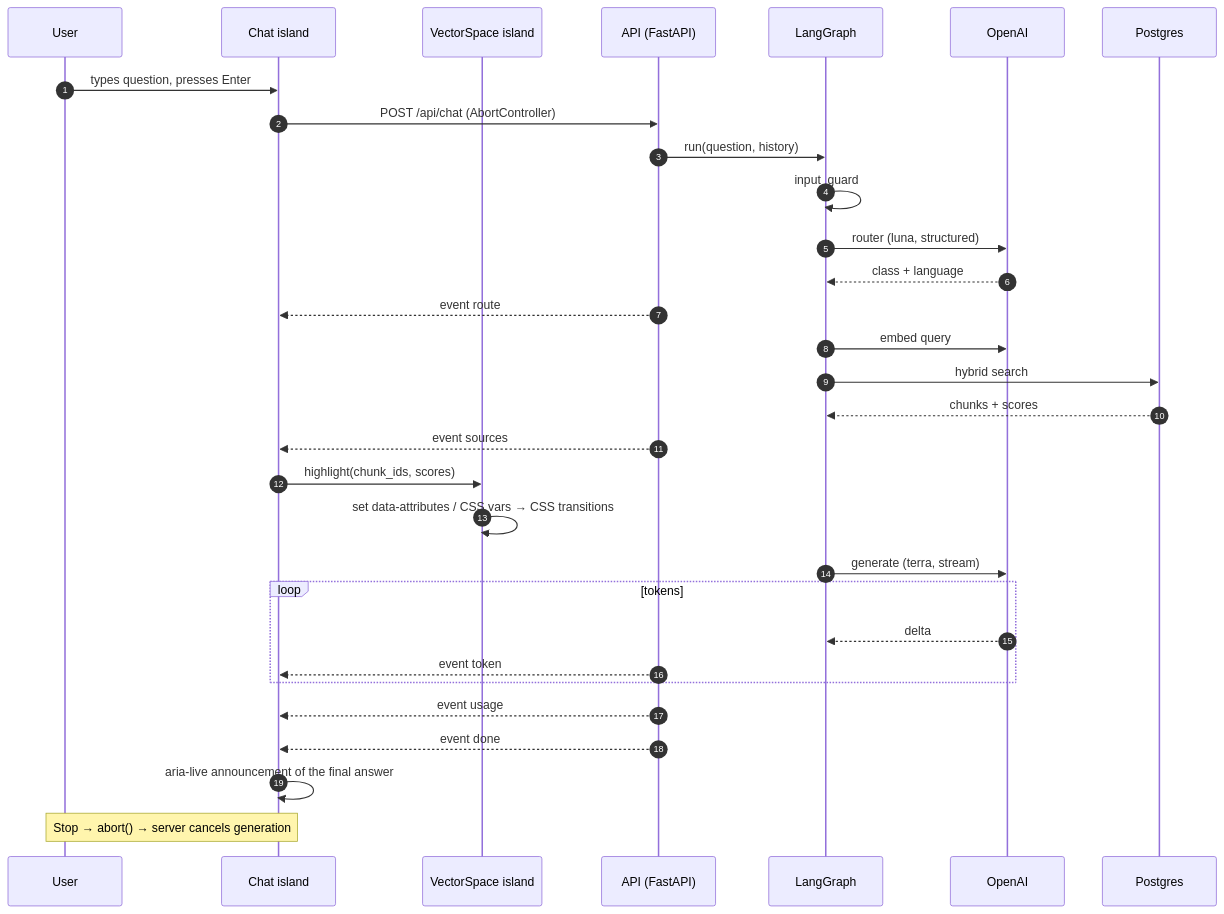
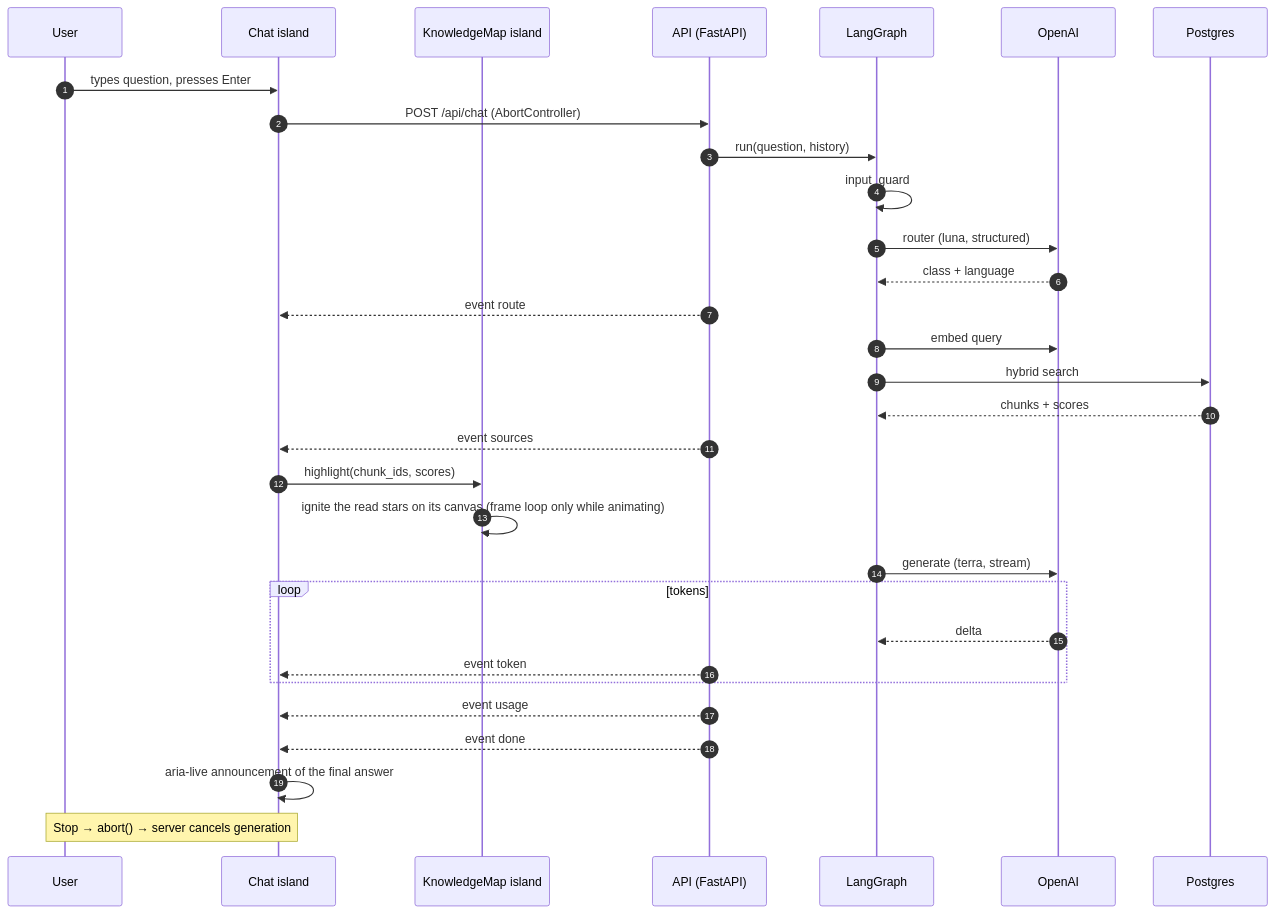
Before and after one commit to IvanVasiunin/ivanvasiunin-site: the fifth of 5 diagrams in docs/ARCHITECTURE.md, drawn with Mermaid. The commit also changed other lines of this file and 21 other files, not shown here.

First line of the commit message:
feat(api): knowledge map data v2 and the Canvas decision (ROADMAP 6.2, 6.5)

````diff
--- a/docs/ARCHITECTURE.md
+++ b/docs/ARCHITECTURE.md
@@ -192,34 +192,34 @@
 ```mermaid
 sequenceDiagram
   autonumber
   participant U as User
   participant C as Chat island
-  participant V as VectorSpace island
+  participant V as KnowledgeMap island
   participant A as API (FastAPI)
   participant G as LangGraph
   participant L as OpenAI
   participant D as Postgres
 
   U->>C: types question, presses Enter
   C->>A: POST /api/chat (AbortController)
   A->>G: run(question, history)
   G->>G: input_guard
   G->>L: router (luna, structured)
   L-->>G: class + language
   A-->>C: event route
   G->>L: embed query
   G->>D: hybrid search
   D-->>G: chunks + scores
   A-->>C: event sources
   C->>V: highlight(chunk_ids, scores)
-  V->>V: set data-attributes / CSS vars → CSS transitions
+  V->>V: ignite the read stars on its canvas (frame loop only while animating)
   G->>L: generate (terra, stream)
   loop tokens
     L-->>G: delta
     A-->>C: event token
   end
   A-->>C: event usage
   A-->>C: event done
   C->>C: aria-live announcement of the final answer
   Note over U,C: Stop → abort() → server cancels generation
 ```
````
